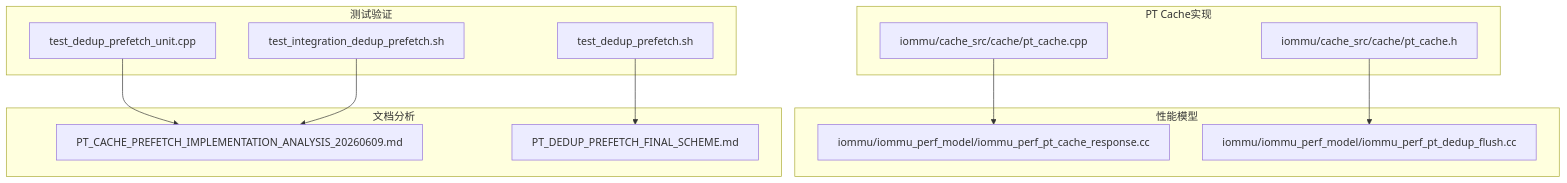
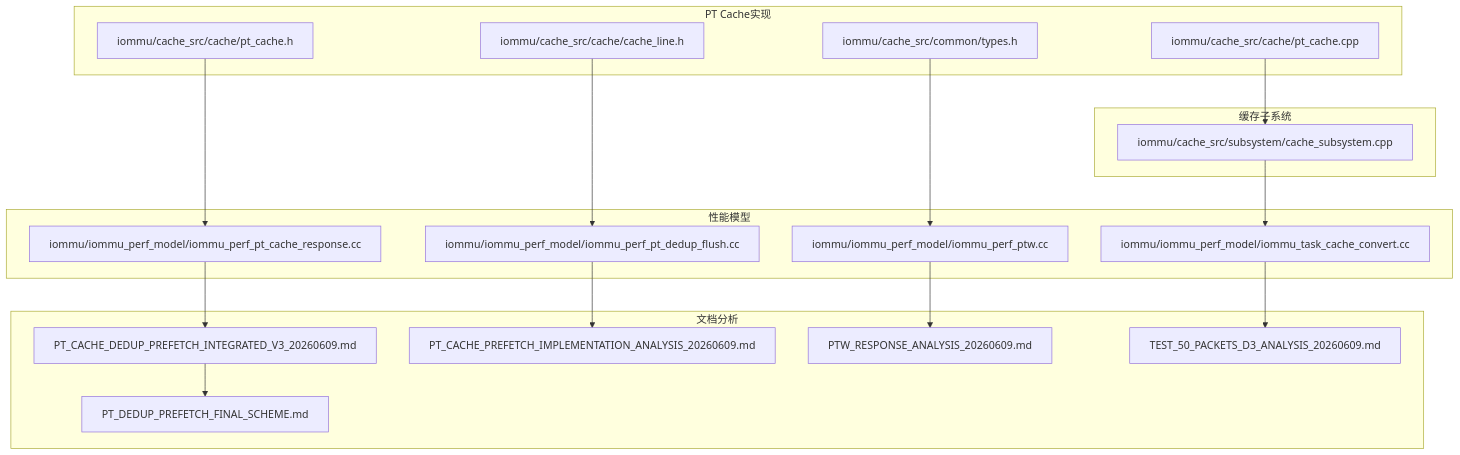
The first of 10 diagrams in .qoder/repowiki/zh/content/缓存系统架构/PT Cache预取实现分析.md (jiangjiang1122/iommu_model_20260401_v1), drawn with Mermaid before and after one commit. The commit also changed other lines of this file and 16 other files, not shown here.

````diff
--- a/.qoder/repowiki/zh/content/缓存系统架构/PT Cache预取实现分析.md
+++ b/.qoder/repowiki/zh/content/缓存系统架构/PT Cache预取实现分析.md
@@ -37,25 +49,35 @@
 ```mermaid
 graph TB
 subgraph "PT Cache实现"
 A[iommu/cache_src/cache/pt_cache.cpp]
 B[iommu/cache_src/cache/pt_cache.h]
+C[iommu/cache_src/cache/cache_line.h]
+D[iommu/cache_src/common/types.h]
+end
+subgraph "缓存子系统"
+E[iommu/cache_src/subsystem/cache_subsystem.cpp]
 end
 subgraph "性能模型"
-C[iommu/iommu_perf_model/iommu_perf_pt_cache_response.cc]
-D[iommu/iommu_perf_model/iommu_perf_pt_dedup_flush.cc]
-end
-subgraph "测试验证"
-E[test_dedup_prefetch_unit.cpp]
-F[test_dedup_prefetch.sh]
-G[test_integration_dedup_prefetch.sh]
+F[iommu/iommu_perf_model/iommu_perf_pt_cache_response.cc]
+G[iommu/iommu_perf_model/iommu_perf_pt_dedup_flush.cc]
+H[iommu/iommu_perf_model/iommu_perf_ptw.cc]
+I[iommu/iommu_perf_model/iommu_task_cache_convert.cc]
 end
 subgraph "文档分析"
-H[PT_CACHE_PREFETCH_IMPLEMENTATION_ANALYSIS_20260609.md]
-I[PT_DEDUP_PREFETCH_FINAL_SCHEME.md]
+J[PT_CACHE_DEDUP_PREFETCH_INTEGRATED_V3_20260609.md]
+K[PT_CACHE_PREFETCH_IMPLEMENTATION_ANALYSIS_20260609.md]
+L[PTW_RESPONSE_ANALYSIS_20260609.md]
+M[TEST_50_PACKETS_D3_ANALYSIS_20260609.md]
+N[PT_DEDUP_PREFETCH_FINAL_SCHEME.md]
 end
-A --> C
-B --> D
-E --> H
-F --> I
-G --> H
+A --> E
+B --> F
+C --> G
+D --> H
+E --> I
+F --> J
+G --> K
+H --> L
+I --> M
+J --> N
 ```
````
